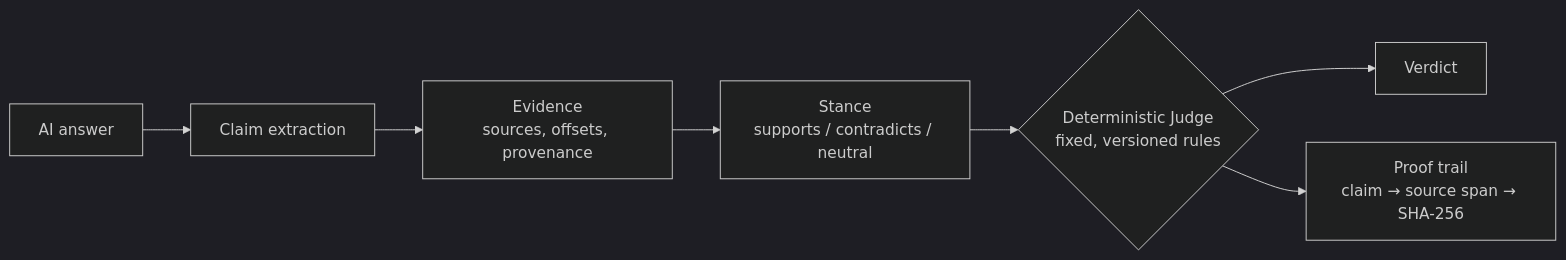
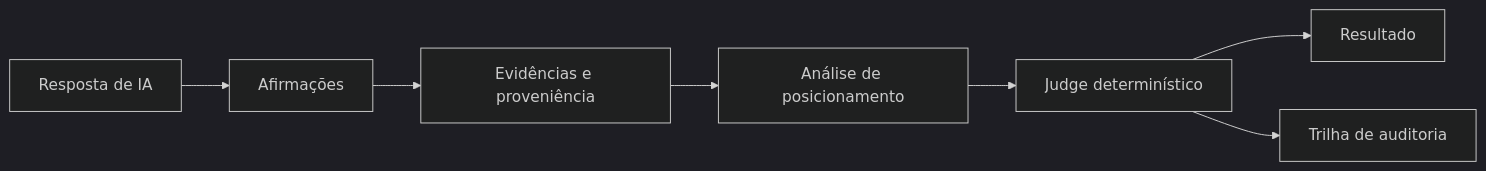
One commit to Ayorinha/ayorai-opensearch changed the diagram in README.md. Above: the diagram before and after it, drawn with Mermaid (dark theme). The commit also changed other lines of this file, not shown here.

````diff
--- a/README.md
+++ b/README.md
@@ -33,9 +34,9 @@
-~~~mermaid
+```mermaid
 flowchart LR
-    A["AI answer"] --> B["Claim extraction"]
-    B --> C["Evidence<br/>sources, offsets, provenance"]
-    C --> D["Stance<br/>supports / contradicts / neutral"]
-    D --> E{"Deterministic Judge<br/>fixed, versioned rules"}
-    E --> F["Verdict"]
-    E --> G["Proof trail<br/>claim → source span → SHA-256"]
-~~~
+    A["Resposta de IA"] --> B["Afirmações"]
+    B --> C["Evidências e proveniência"]
+    C --> D["Análise de posicionamento"]
+    D --> E["Judge determinístico"]
+    E --> F["Resultado"]
+    E --> G["Trilha de auditoria"]
+```
````
